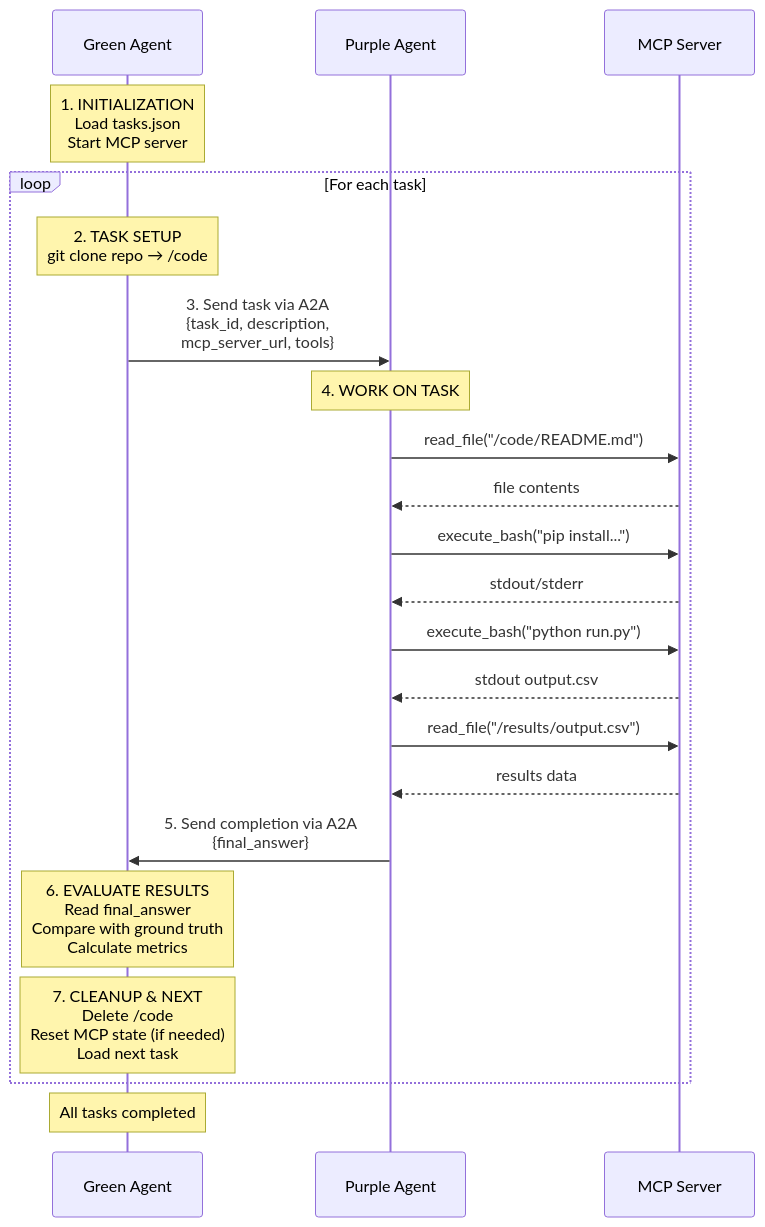
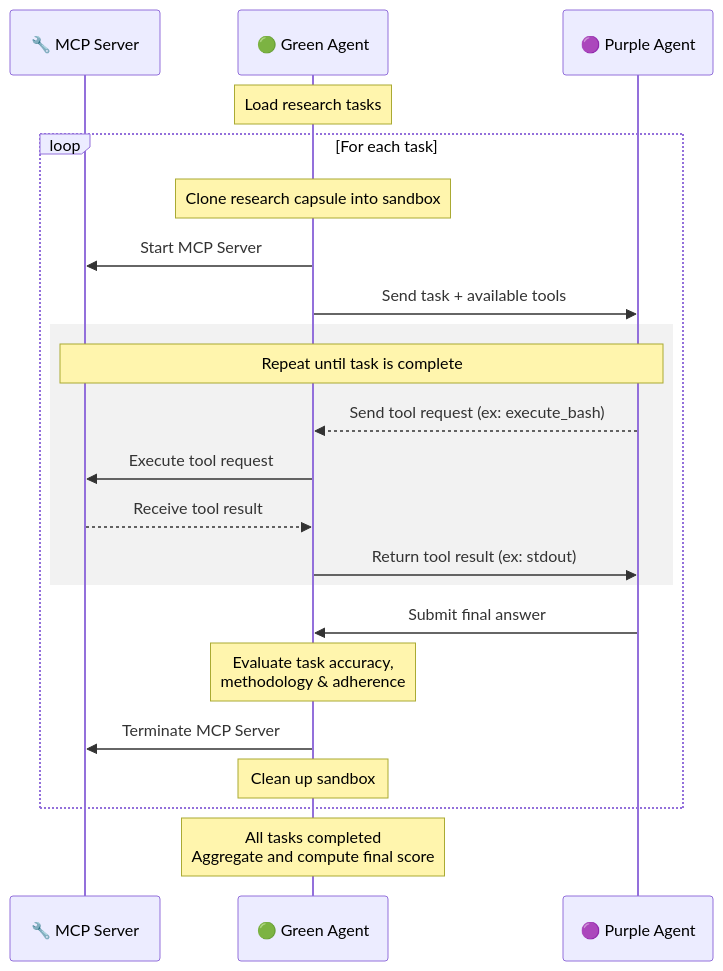
The diagram in README.md (ab-shetty/agentbeats-corebench), drawn with Mermaid before and after one commit. The commit also changed other lines of this file, not shown here.

Commit message:
updated arch diagram

````diff
--- a/README.md
+++ b/README.md
@@ -205,32 +205,31 @@
 ```mermaid
 sequenceDiagram
-    participant Green as Green Agent
-    participant Purple as Purple Agent
-    participant MCP as MCP Server
+    participant MCP as 🔧 MCP Server
+    participant Green as 🟢 Green Agent
+    participant Purple as 🟣 Purple Agent
 
-    Note over Green: 1. INITIALIZATION<br/>Load tasks.json<br/>Start MCP server
+    Note over Green: Load research tasks
 
     loop For each task
-        Note over Green: 2. TASK SETUP<br/>git clone repo → /code
+        Note over Green: Clone research capsule into sandbox
+        Green->>MCP: Start MCP Server
 
-        Green->>Purple: 3. Send task via A2A<br/>{task_id, description,<br/>mcp_server_url, tools}
+        Green->>Purple: Send task + available tools
 
-        Note over Purple: 4. WORK ON TASK
-        Purple->>MCP: read_file("/code/README.md")
-        MCP-->>Purple: file contents
-        Purple->>MCP: execute_bash("pip install...")
-        MCP-->>Purple: stdout/stderr
-        Purple->>MCP: execute_bash("python run.py")
-        MCP-->>Purple: stdout output.csv
-        Purple->>MCP: read_file("/results/output.csv")
-        MCP-->>Purple: results data
+        rect rgba(128, 128, 128, 0.1)
+            Note over MCP,Purple: Repeat until task is complete
+            Purple-->>Green: Send tool request (ex: execute_bash)
+            Green->>MCP: Execute tool request
+            MCP-->>Green: Receive tool result
+            Green->>Purple: Return tool result (ex: stdout)
+        end
 
-        Purple->>Green: 5. Send completion via A2A<br/>{final_answer}
+        Purple->>Green: Submit final answer
 
-        Note over Green: 6. EVALUATE RESULTS<br/>Read final_answer<br/>Compare with ground truth<br/>Calculate metrics
-
-        Note over Green: 7. CLEANUP & NEXT<br/>Delete /code <br/>Reset MCP state (if needed)<br/>Load next task
+        Note over Green: Evaluate task accuracy,<br/> methodology & adherence
+        Green->>MCP: Terminate MCP Server
+        Note over Green: Clean up sandbox
     end
 
-    Note over Green: All tasks completed
+    Note over Green: All tasks completed<br/>Aggregate and compute final score
 ```
````
